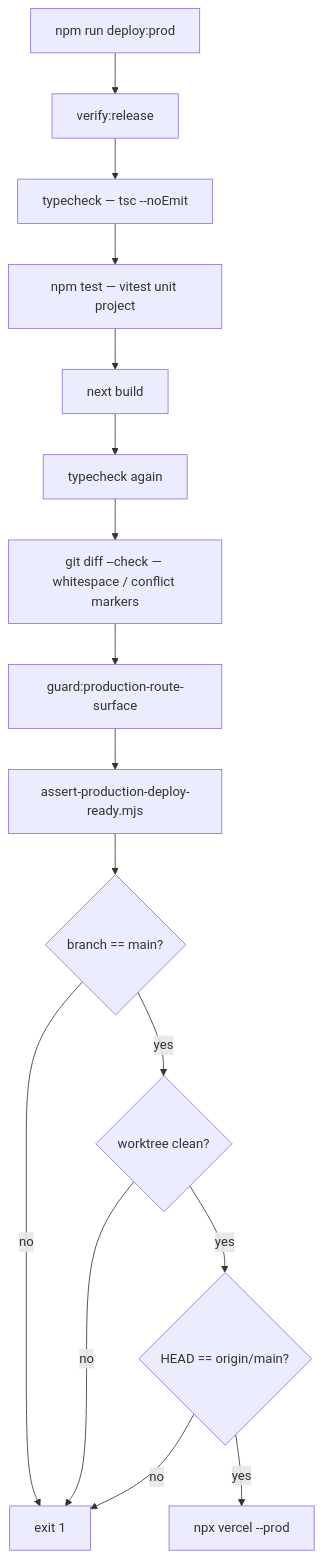
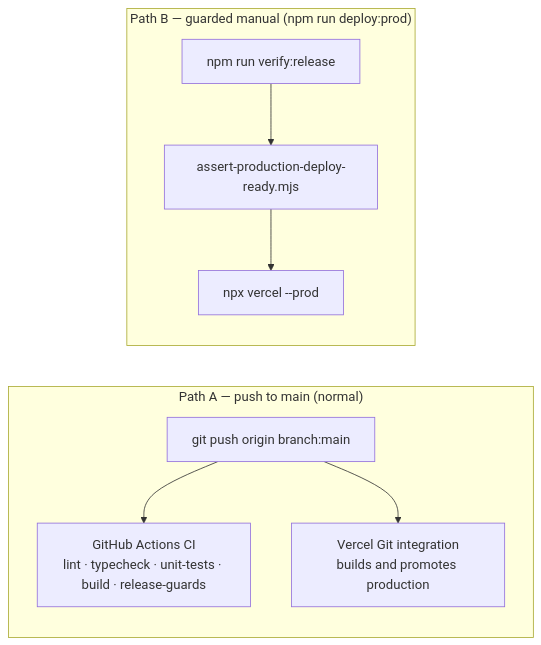
One commit to kasheesh711/bgscheduler changed the first of 4 diagrams in docs/operations/runbook.md. Above: the diagram before and after it, drawn with Mermaid. The commit also changed other lines of this file and 95 other files, not shown here.

````diff
--- a/docs/operations/runbook.md
+++ b/docs/operations/runbook.md
@@ -57,18 +46,10 @@
 ```mermaid
-flowchart TD
-  A["npm run deploy:prod"] --> B["verify:release"]
-  B --> B1["typecheck — tsc --noEmit"]
-  B1 --> B2["npm test — vitest unit project"]
-  B2 --> B3["next build"]
-  B3 --> B4["typecheck again"]
-  B4 --> B5["git diff --check — whitespace / conflict markers"]
-  B5 --> B6["guard:production-route-surface"]
-  B6 --> C["assert-production-deploy-ready.mjs"]
-  C --> C1{"branch == main?"}
-  C1 -- no --> X["exit 1"]
-  C1 -- yes --> C2{"worktree clean?"}
-  C2 -- no --> X
-  C2 -- yes --> C3{"HEAD == origin/main?"}
-  C3 -- no --> X
-  C3 -- yes --> D["npx vercel --prod"]
+flowchart LR
+  subgraph A["Path A — push to main (normal)"]
+    a1["git push origin branch:main"] --> a2["GitHub Actions CI<br/>lint · typecheck · unit-tests · build · release-guards"]
+    a1 --> a3["Vercel Git integration<br/>builds and promotes production"]
+  end
+  subgraph B["Path B — guarded manual (npm run deploy:prod)"]
+    b1["npm run verify:release"] --> b2["assert-production-deploy-ready.mjs"] --> b3["npx vercel --prod"]
+  end
 ```
````
